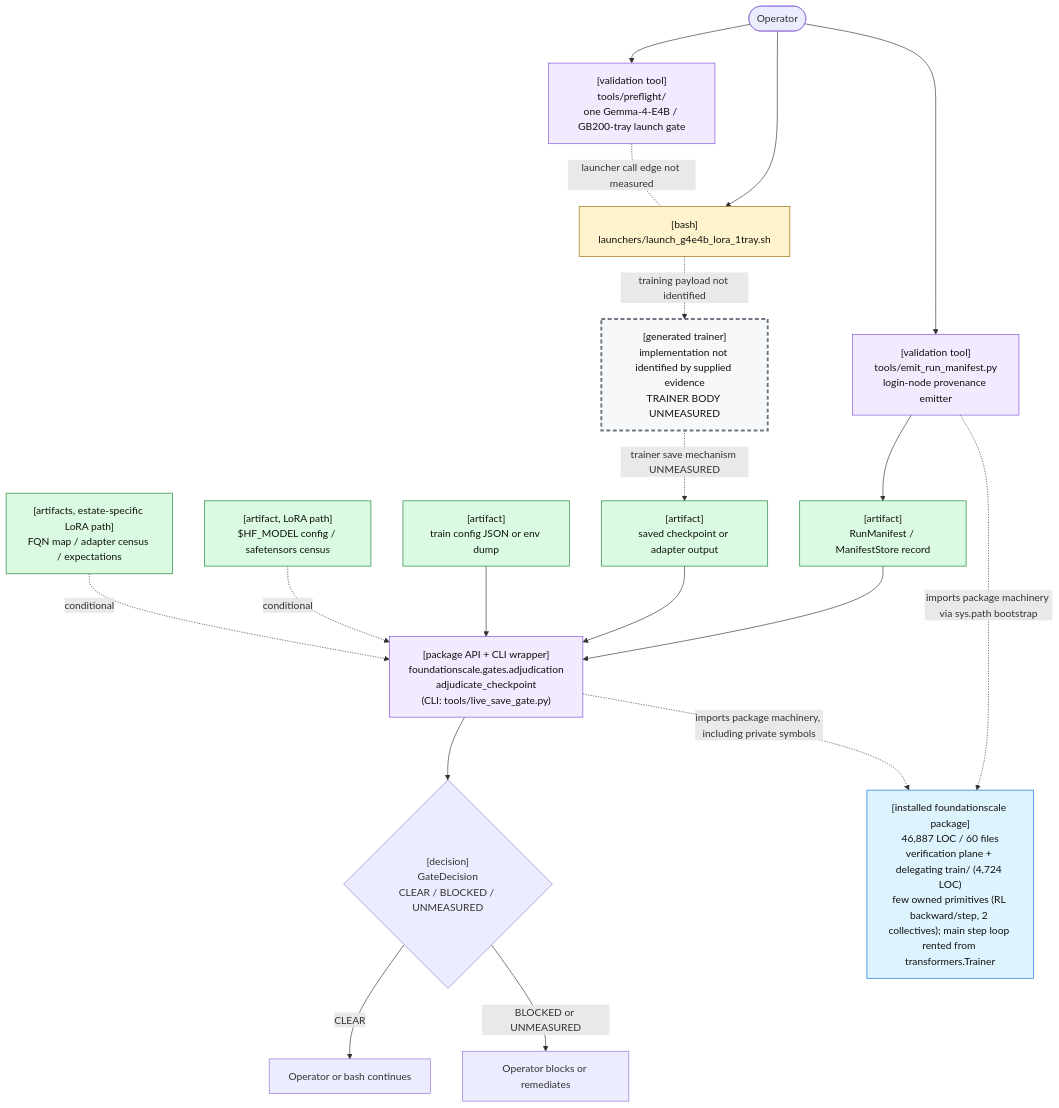
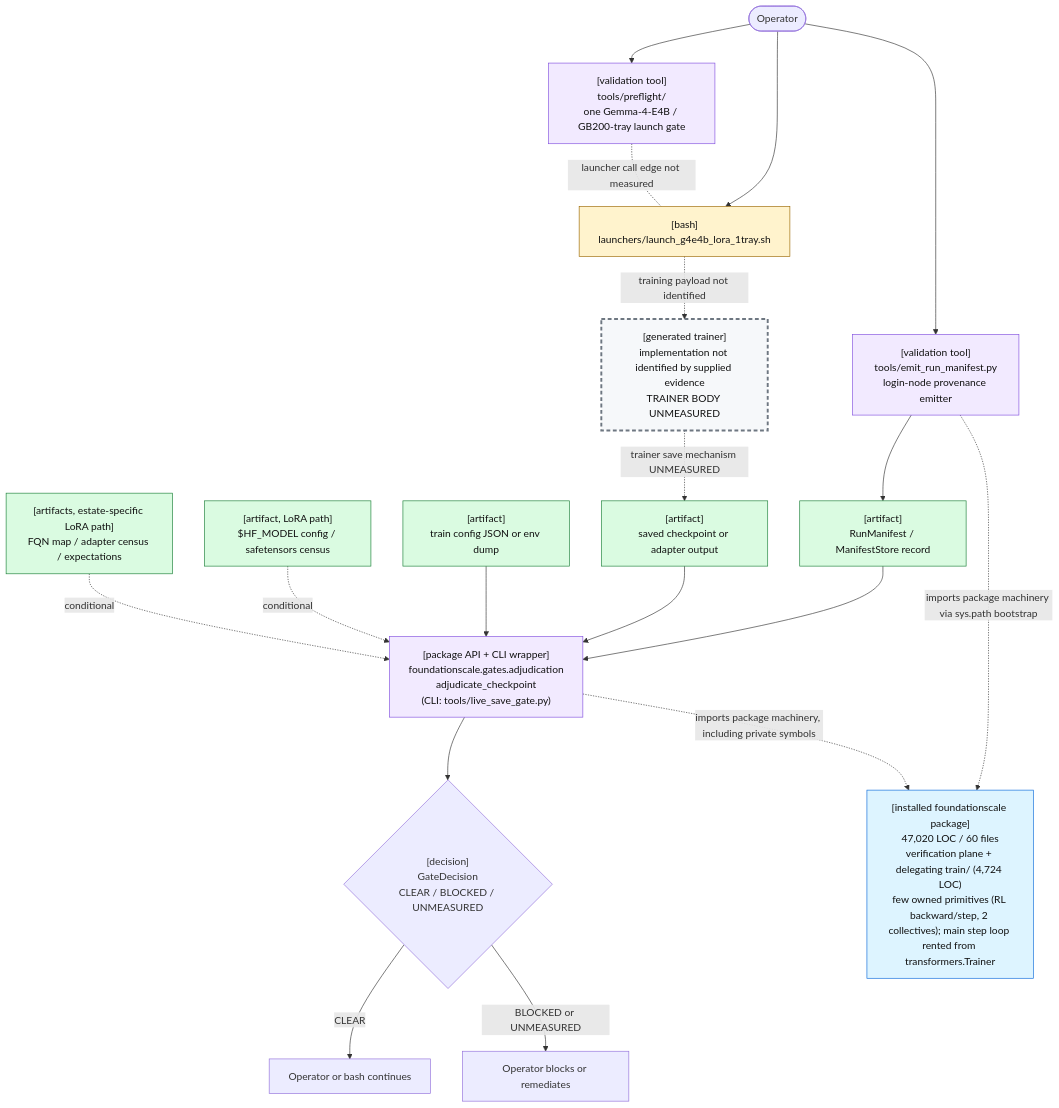
Before and after one commit to TranNhiem/FoundationScale: the first of 2 diagrams in docs/review/D2_current_architecture.md, drawn with Mermaid. The commit also changed other lines of this file and 15 other files, not shown here.

````diff
--- a/docs/review/D2_current_architecture.md
+++ b/docs/review/D2_current_architecture.md
@@ -25,59 +25,59 @@
 ```mermaid
 flowchart TB
   O(["Operator"])
 
   PF["[validation tool]<br/>tools/preflight/<br/>one Gemma-4-E4B / GB200-tray launch gate"]
   L["[bash]<br/>launchers/launch_g4e4b_lora_1tray.sh"]
 
   E["[validation tool]<br/>tools/emit_run_manifest.py<br/>login-node provenance emitter"]
   M["[artifact]<br/>RunManifest / ManifestStore record"]
 
   T["[generated trainer]<br/>implementation not identified by supplied evidence<br/>TRAINER BODY UNMEASURED"]
   C["[artifact]<br/>saved checkpoint or adapter output"]
 
   G["[package API + CLI wrapper]<br/>foundationscale.gates.adjudication<br/>adjudicate_checkpoint<br/>(CLI: tools/live_save_gate.py)"]
   CFG["[artifact]<br/>train config JSON or env dump"]
   BASE["[artifact, LoRA path]<br/>$HF_MODEL config / safetensors census"]
   CEN["[artifacts, estate-specific LoRA path]<br/>FQN map / adapter census / expectations"]
 
   D{"[decision]<br/>GateDecision<br/>CLEAR / BLOCKED / UNMEASURED"}
   OK["Operator or bash continues"]
   NO["Operator blocks or remediates"]
 
-  PKG["[installed foundationscale package]<br/>46,887 LOC / 60 files<br/>verification plane + delegating train/ (4,724 LOC)<br/>few owned primitives (RL backward/step, 2 collectives); main step loop rented from transformers.Trainer"]
+  PKG["[installed foundationscale package]<br/>47,020 LOC / 60 files<br/>verification plane + delegating train/ (4,724 LOC)<br/>few owned primitives (RL backward/step, 2 collectives); main step loop rented from transformers.Trainer"]
 
   O --> PF
   O --> L
   PF -. "launcher call edge not measured" .- L
 
   O --> E
   E --> M
 
   L -. "training payload not identified" .-> T
   T -. "trainer save mechanism UNMEASURED" .-> C
 
   M --> G
   C --> G
   CFG --> G
   BASE -. "conditional" .-> G
   CEN -. "conditional" .-> G
 
   E -. "imports package machinery via sys.path bootstrap" .-> PKG
   G -. "imports package machinery, including private symbols" .-> PKG
 
   G --> D
   D -->|"CLEAR"| OK
   D -->|"BLOCKED or UNMEASURED"| NO
 
   classDef bash fill:#fff3cd,stroke:#9a6700,color:#111;
   classDef tool fill:#f2eaff,stroke:#8250df,color:#111;
   classDef artifact fill:#dafbe1,stroke:#1a7f37,color:#111;
   classDef gap fill:#f6f8fa,stroke:#6e7781,stroke-width:3px,stroke-dasharray: 6 4,color:#111;
   classDef pkg fill:#ddf4ff,stroke:#0969da,color:#111;
 
   class L bash;
   class PF,E,G tool;
   class M,C,CFG,BASE,CEN artifact;
   class T gap;
   class PKG pkg;
 ```
````
